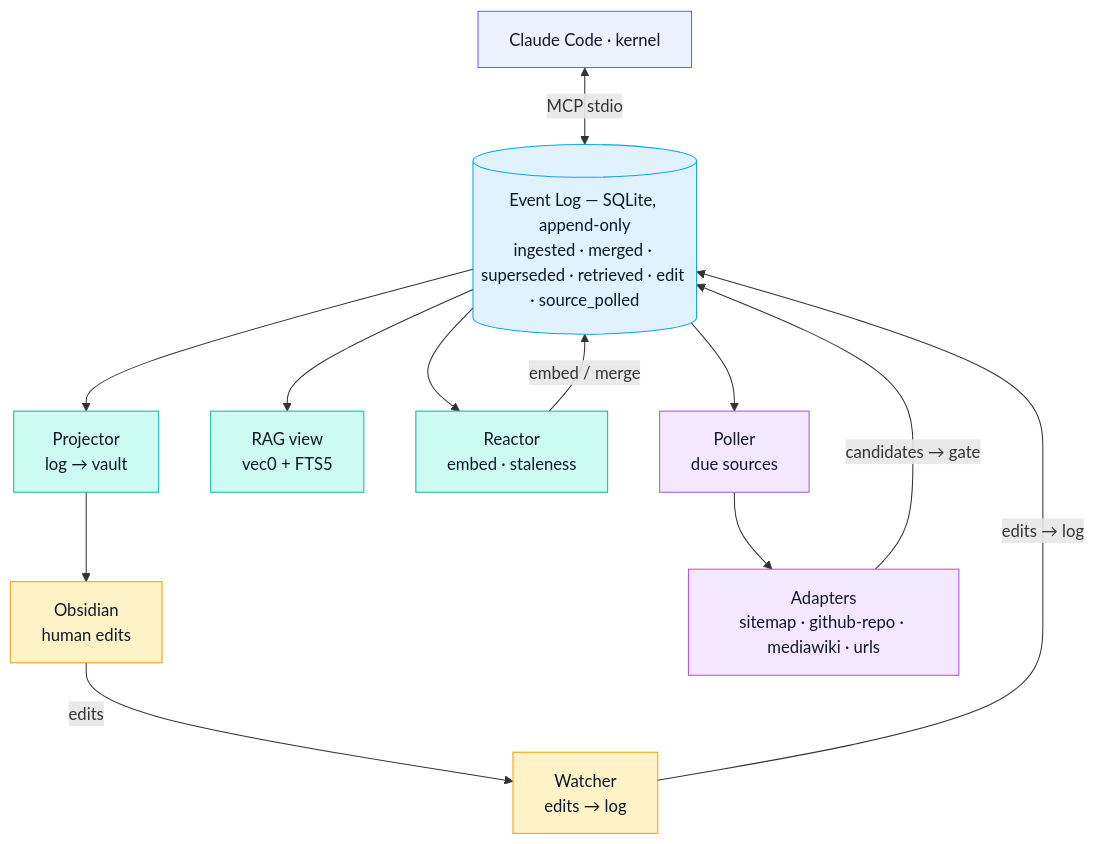
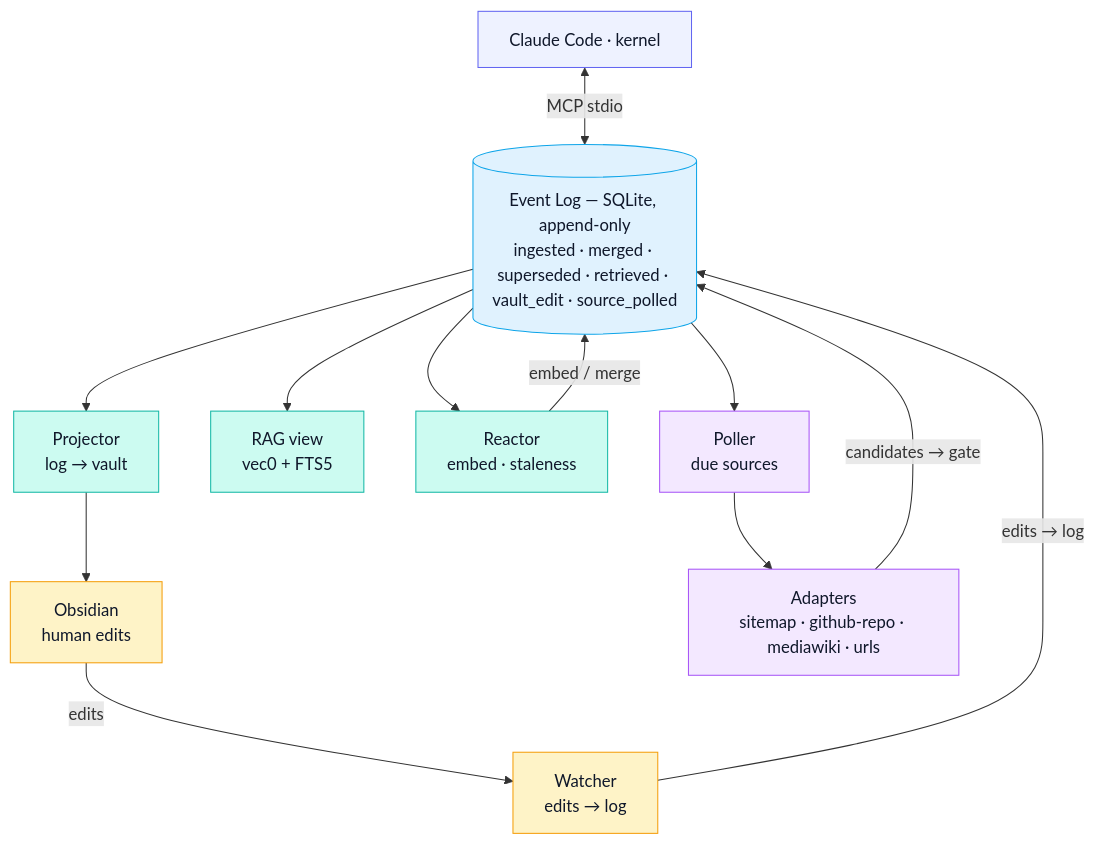
Before and after one commit to nNemLab/engram: the diagram in README.md, drawn with Mermaid. The commit also changed other lines of this file and 1 other file, not shown here.

````diff
--- a/README.md
+++ b/README.md
@@ -68,31 +69,31 @@
 ```mermaid
 flowchart TD
     K["Claude Code · kernel"]
-    L[("Event Log — SQLite, append-only<br/>ingested · merged · superseded · retrieved · edit · source_polled")]
+    L[("Event Log — SQLite, append-only<br/>ingested · merged · superseded · retrieved · vault_edit · source_polled")]
     P["Projector<br/>log → vault"]
     R["RAG view<br/>vec0 + FTS5"]
     Rx["Reactor<br/>embed · staleness"]
     O["Obsidian<br/>human edits"]
     W["Watcher<br/>edits → log"]
     Po["Poller<br/>due sources"]
     A["Adapters<br/>sitemap · github-repo · mediawiki · urls"]
 
     K <-->|MCP stdio| L
     L --> P --> O
     O -->|edits| W -->|edits → log| L
     L --> R
     L --> Rx -->|embed / merge| L
     L --> Po --> A -->|candidates → gate| L
 
     classDef kernel fill:#eef2ff,stroke:#6366f1,color:#0f172a;
     classDef log fill:#e0f2fe,stroke:#0ea5e9,color:#0f172a;
     classDef view fill:#ccfbf1,stroke:#14b8a6,color:#0f172a;
     classDef human fill:#fef3c7,stroke:#f59e0b,color:#0f172a;
     classDef source fill:#f3e8ff,stroke:#a855f7,color:#0f172a;
 
     class K kernel
     class L log
     class P,R,Rx view
     class O,W human
     class Po,A source
 ```
````
